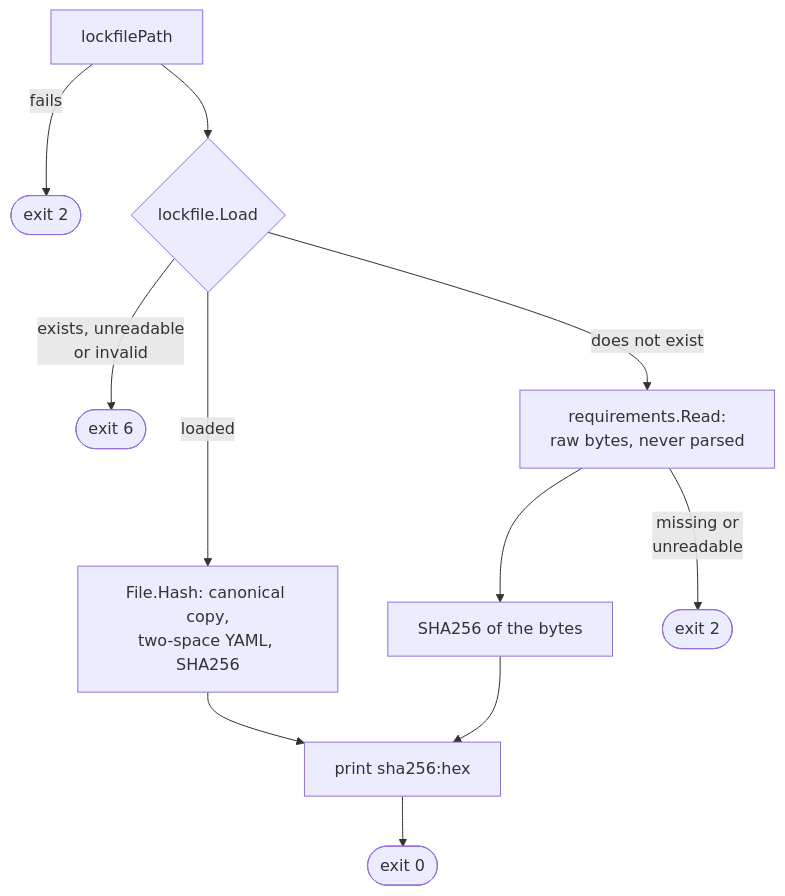
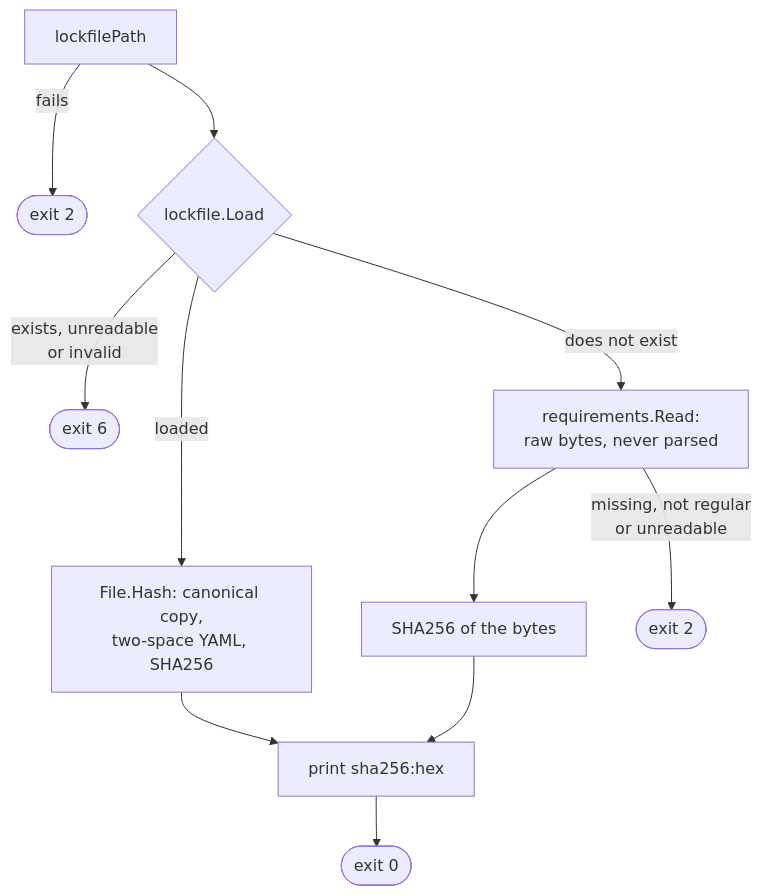
The second of 4 diagrams in docs/internals/flow-hash-tree-explain.md (greeddj/go-galaxy), drawn with Mermaid before and after one commit. The commit also changed other lines of this file and 36 other files, not shown here.

````diff
--- a/docs/internals/flow-hash-tree-explain.md
+++ b/docs/internals/flow-hash-tree-explain.md
@@ -35,13 +37,13 @@
 ```mermaid
 flowchart TD
     LP["lockfilePath"] -->|"fails"| X2(["exit 2"])
     LP --> LD{"lockfile.Load"}
     LD -->|"exists, unreadable<br/>or invalid"| X6(["exit 6"])
     LD -->|"loaded"| H["File.Hash: canonical copy,<br/>two-space YAML, SHA256"]
     LD -->|"does not exist"| RQ["requirements.Read:<br/>raw bytes, never parsed"]
     RQ --> SH["SHA256 of the bytes"]
-    RQ -->|"missing or<br/>unreadable"| X2R(["exit 2"])
+    RQ -->|"missing, not regular<br/>or unreadable"| X2R(["exit 2"])
     H --> PR["print sha256:hex"]
     SH --> PR
     PR --> X0(["exit 0"])
 ```
````
